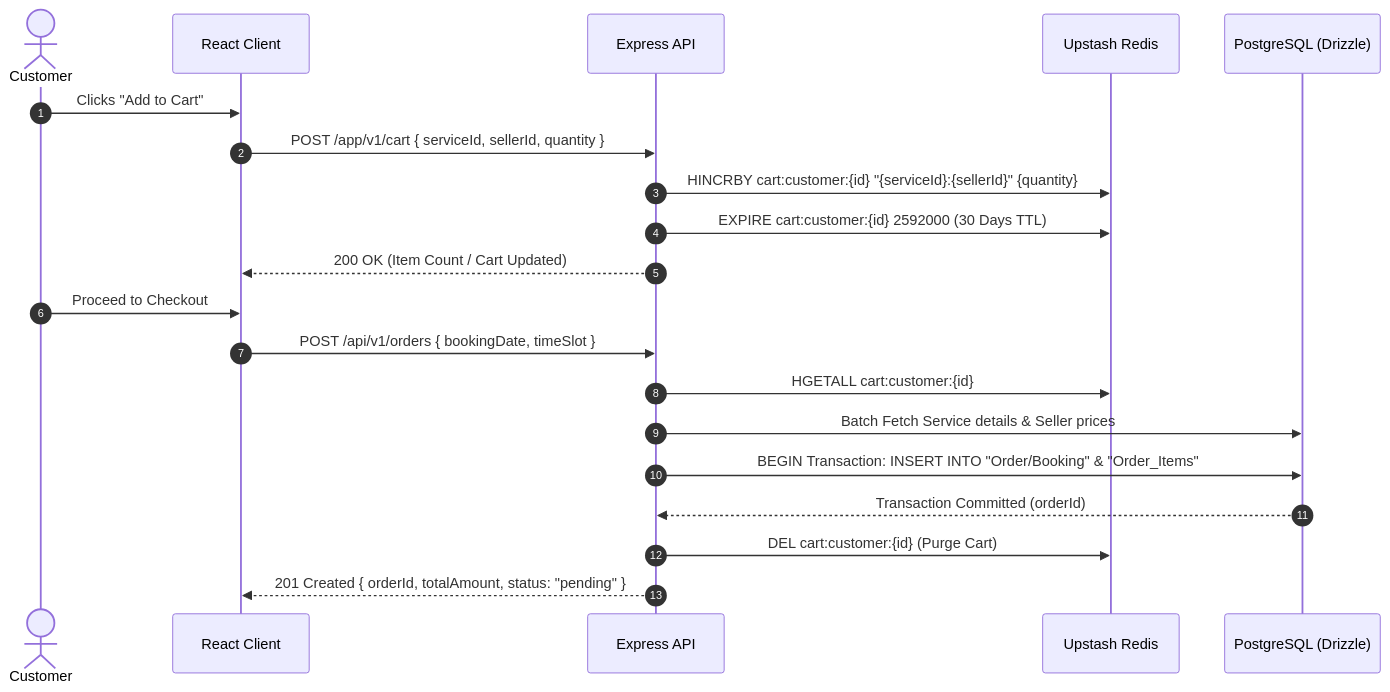
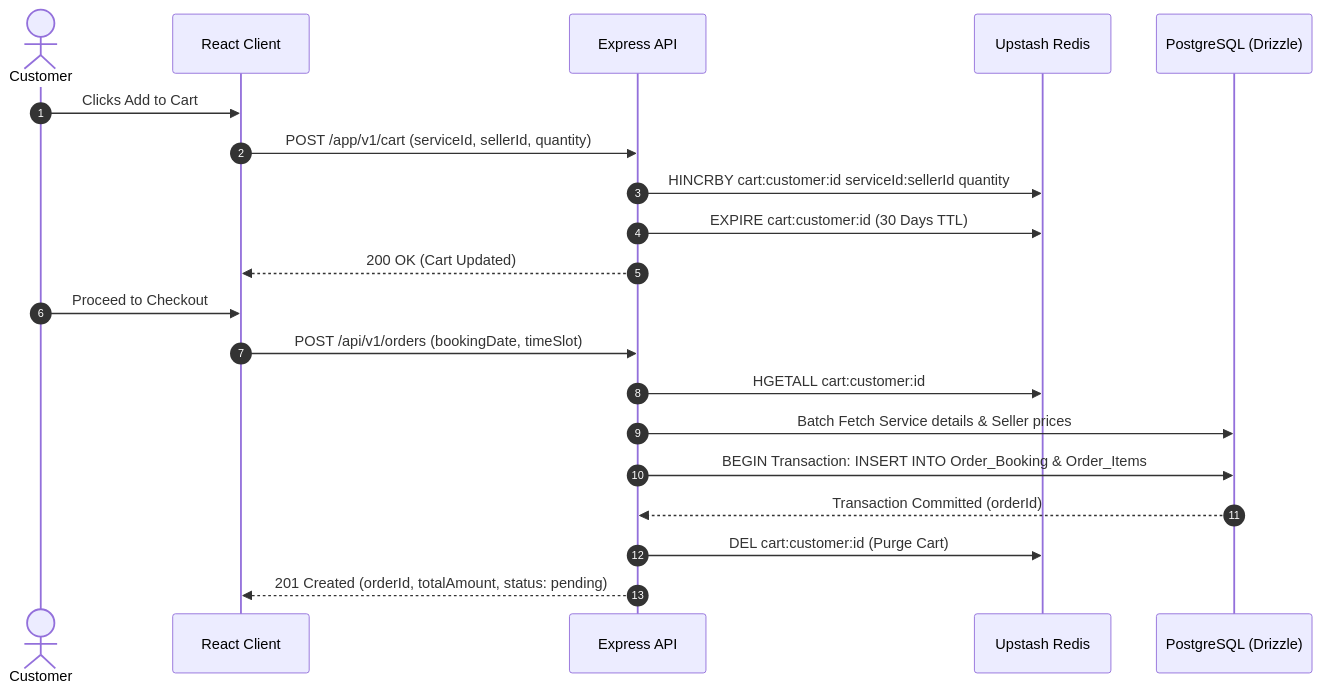
The first of 4 diagrams in README.md (guddu-debasis/HomeCare), drawn with Mermaid before and after one commit. The commit also changed other lines of this file, not shown here.

````diff
--- a/README.md
+++ b/README.md
@@ -138,24 +138,24 @@
 ```mermaid
 sequenceDiagram
     autonumber
     actor Customer
     participant Frontend as React Client
     participant API as Express API
     participant Redis as Upstash Redis
     participant DB as PostgreSQL (Drizzle)
 
-    Customer->>Frontend: Clicks "Add to Cart"
-    Frontend->>API: POST /app/v1/cart { serviceId, sellerId, quantity }
-    API->>Redis: HINCRBY cart:customer:{id} "{serviceId}:{sellerId}" {quantity}
-    API->>Redis: EXPIRE cart:customer:{id} 2592000 (30 Days TTL)
-    API-->>Frontend: 200 OK (Item Count / Cart Updated)
+    Customer->>Frontend: Clicks Add to Cart
+    Frontend->>API: POST /app/v1/cart (serviceId, sellerId, quantity)
+    API->>Redis: HINCRBY cart:customer:id serviceId:sellerId quantity
+    API->>Redis: EXPIRE cart:customer:id (30 Days TTL)
+    API-->>Frontend: 200 OK (Cart Updated)
 
     Customer->>Frontend: Proceed to Checkout
-    Frontend->>API: POST /api/v1/orders { bookingDate, timeSlot }
-    API->>Redis: HGETALL cart:customer:{id}
+    Frontend->>API: POST /api/v1/orders (bookingDate, timeSlot)
+    API->>Redis: HGETALL cart:customer:id
     API->>DB: Batch Fetch Service details & Seller prices
-    API->>DB: BEGIN Transaction: INSERT INTO "Order/Booking" & "Order_Items"
+    API->>DB: BEGIN Transaction: INSERT INTO Order_Booking & Order_Items
     DB-->>API: Transaction Committed (orderId)
-    API->>Redis: DEL cart:customer:{id} (Purge Cart)
-    API-->>Frontend: 201 Created { orderId, totalAmount, status: "pending" }
+    API->>Redis: DEL cart:customer:id (Purge Cart)
+    API-->>Frontend: 201 Created (orderId, totalAmount, status: pending)
 ```
````
